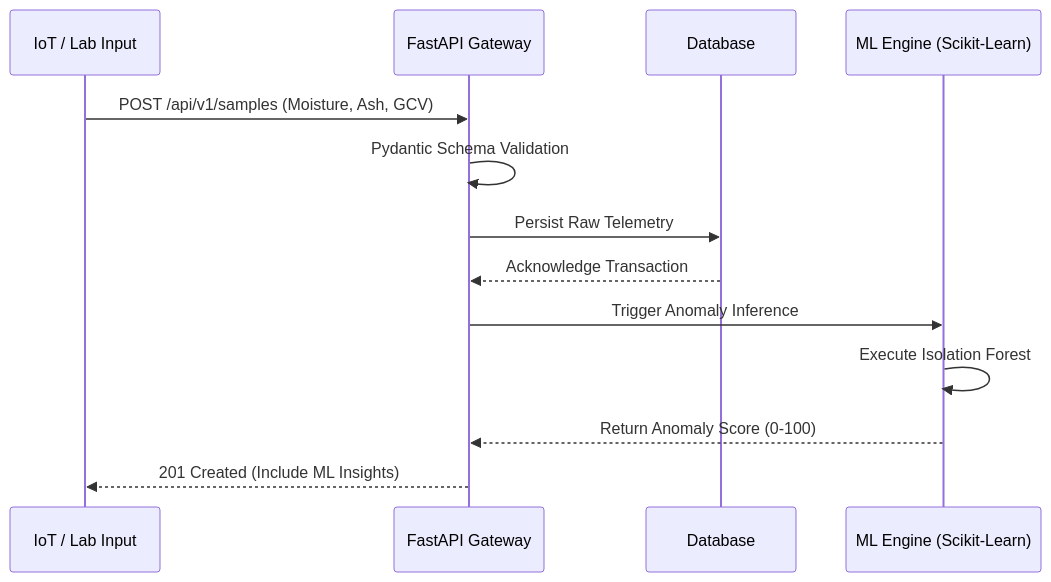
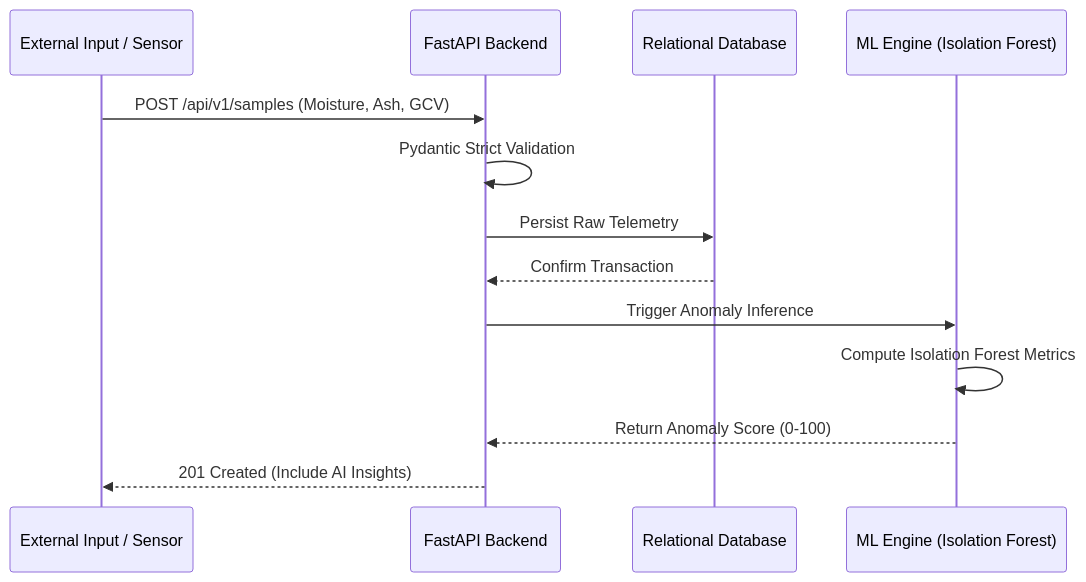
One commit to shekharsameer2308/Analyzer changed the second of 2 diagrams in README.md. Above: the diagram before and after it, drawn with Mermaid. The commit also changed other lines of this file and 1 other file, not shown here.

Commit message:
Update README with complete structure demo links tech stack architecture flow and hero image

````diff
--- a/README.md
+++ b/README.md
@@ -52,18 +89,18 @@
 ```mermaid
 sequenceDiagram
-    participant Sensor as IoT / Lab Input
-    participant API as FastAPI Gateway
-    participant DB as Database
-    participant ML as ML Engine (Scikit-Learn)
+    participant Sensor as External Input / Sensor
+    participant API as FastAPI Backend
+    participant DB as Relational Database
+    participant ML as ML Engine (Isolation Forest)
 
     Sensor->>API: POST /api/v1/samples (Moisture, Ash, GCV)
-    API->>API: Pydantic Schema Validation
+    API->>API: Pydantic Strict Validation
     API->>DB: Persist Raw Telemetry
-    DB-->>API: Acknowledge Transaction
+    DB-->>API: Confirm Transaction
     
     API->>ML: Trigger Anomaly Inference
-    ML->>ML: Execute Isolation Forest
+    ML->>ML: Compute Isolation Forest Metrics
     ML-->>API: Return Anomaly Score (0-100)
     
-    API-->>Sensor: 201 Created (Include ML Insights)
+    API-->>Sensor: 201 Created (Include AI Insights)
 ```
````
